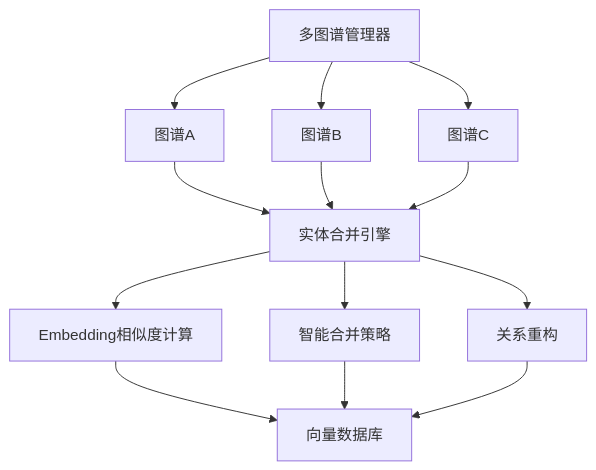
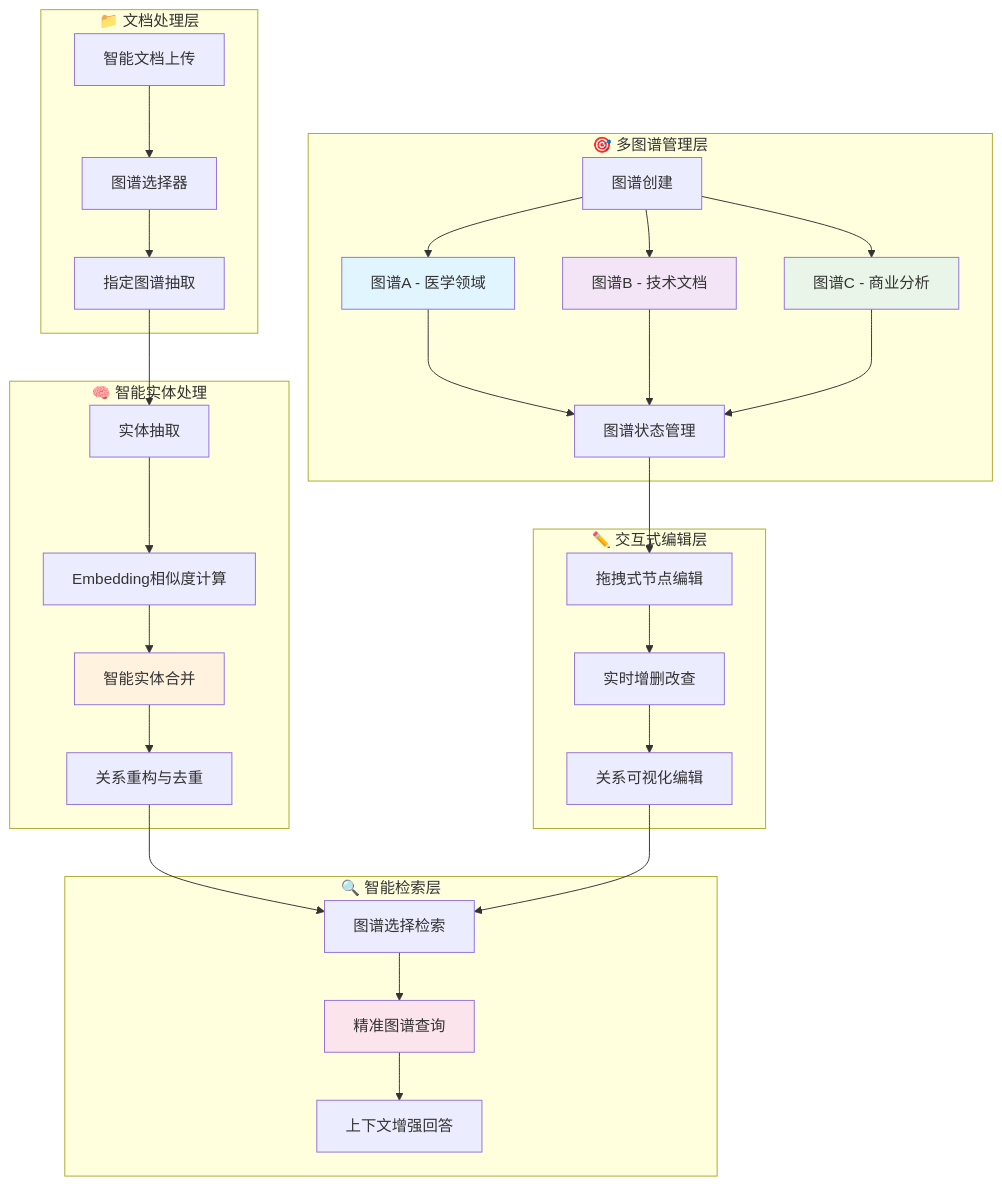
One commit to GalaxyXieyu/Multi-Lightrag changed the diagram in README.md. Above: the diagram before and after it, drawn with Mermaid. The commit also changed other lines of this file, not shown here.

First line of the commit message:
📝 Update README: 重构架构图和业务流程说明

````diff
--- a/README.md
+++ b/README.md
@@ -31,18 +37,44 @@
 ```mermaid
 graph TB
-    A[多图谱管理器] --> B[图谱A]
-    A --> C[图谱B]
-    A --> D[图谱C]
-    
-    B --> E[实体合并引擎]
-    C --> E
-    D --> E
-    
-    E --> F[Embedding相似度计算]
-    E --> G[智能合并策略]
-    E --> H[关系重构]
-    
-    F --> I[向量数据库]
-    G --> I
-    H --> I
+    subgraph "📁 文档处理层"
+        A[智能文档上传] --> B[图谱选择器]
+        B --> C[指定图谱抽取]
+    end
+
+    subgraph "🎯 多图谱管理层"
+        D[图谱创建] --> E[图谱A - 医学领域]
+        D --> F[图谱B - 技术文档]
+        D --> G[图谱C - 商业分析]
+
+        E --> H[图谱状态管理]
+        F --> H
+        G --> H
+    end
+
+    subgraph "🧠 智能实体处理"
+        I[实体抽取] --> J[Embedding相似度计算]
+        J --> K[智能实体合并]
+        K --> L[关系重构与去重]
+    end
+
+    subgraph "✏️ 交互式编辑层"
+        M[拖拽式节点编辑] --> N[实时增删改查]
+        N --> O[关系可视化编辑]
+    end
+
+    subgraph "🔍 智能检索层"
+        P[图谱选择检索] --> Q[精准图谱查询]
+        Q --> R[上下文增强回答]
+    end
+
+    C --> I
+    H --> M
+    L --> P
+    O --> P
+
+    style E fill:#e1f5fe
+    style F fill:#f3e5f5
+    style G fill:#e8f5e8
+    style K fill:#fff3e0
+    style Q fill:#fce4ec
 ```
````
